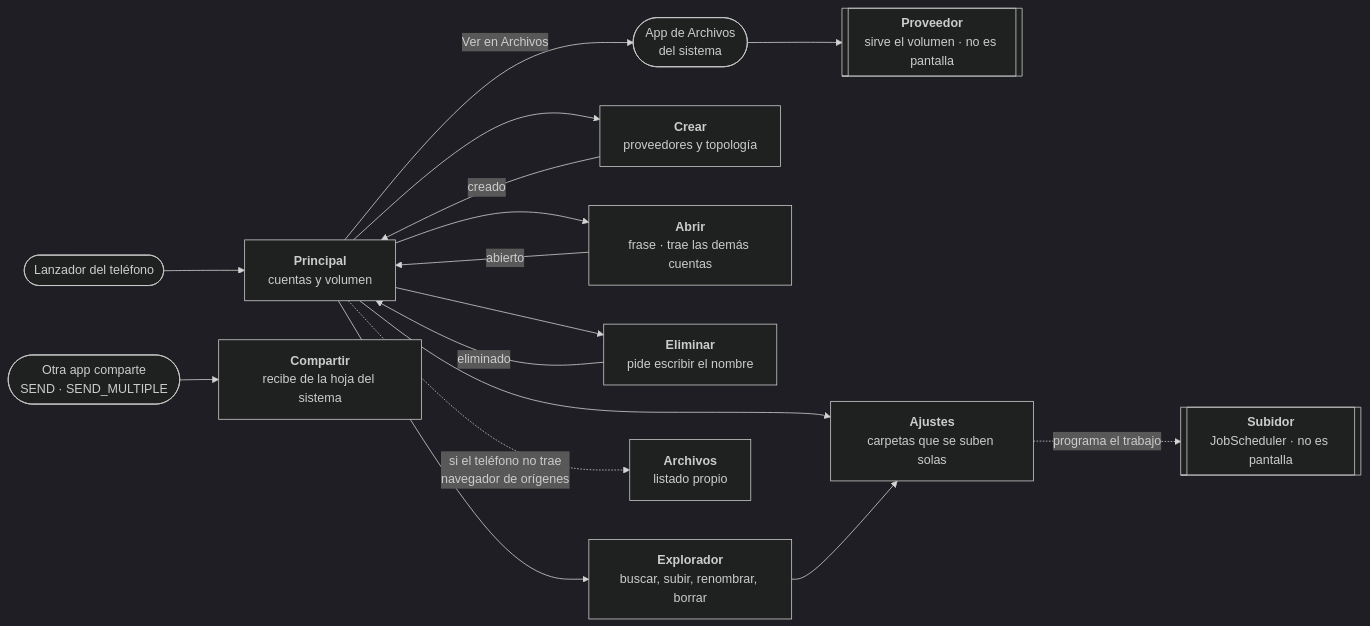
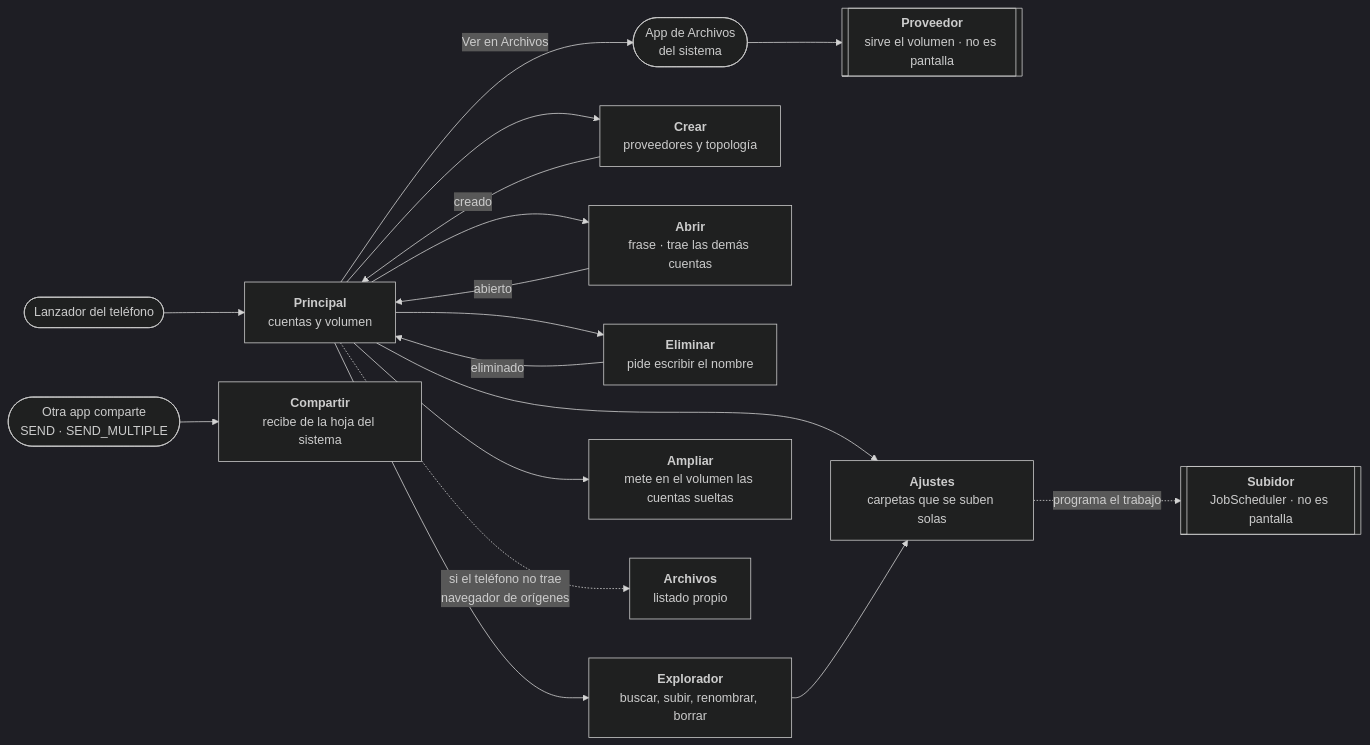
The first of 2 diagrams in docs/ANDROID.md (lmoraperez/multidrive), drawn with Mermaid (dark theme) before and after one commit. The commit also changed other lines of this file and 10 other files, not shown here.

````diff
--- a/docs/ANDROID.md
+++ b/docs/ANDROID.md
@@ -136,33 +148,35 @@
 ```mermaid
 flowchart LR
     L([Lanzador del teléfono]) --> PR
     SH([Otra app comparte<br>SEND · SEND_MULTIPLE]) --> CO
     AF([App de Archivos<br>del sistema]) --> PV
 
     PR["<b>Principal</b><br>cuentas y volumen"]
     CR["<b>Crear</b><br>proveedores y topología"]
     AB["<b>Abrir</b><br>frase · trae las demás cuentas"]
     EL["<b>Eliminar</b><br>pide escribir el nombre"]
     EX["<b>Explorador</b><br>buscar, subir, renombrar, borrar"]
     AJ["<b>Ajustes</b><br>carpetas que se suben solas"]
+    AM["<b>Ampliar</b><br>mete en el volumen las cuentas sueltas"]
     CO["<b>Compartir</b><br>recibe de la hoja del sistema"]
     FA["<b>Archivos</b><br>listado propio"]
 
     PV[["<b>Proveedor</b><br>sirve el volumen · no es pantalla"]]
     SU[["<b>Subidor</b><br>JobScheduler · no es pantalla"]]
 
     PR --> CR
     PR --> AB
     PR --> EL
     PR --> EX
     PR --> AJ
+    PR --> AM
     PR -->|Ver en Archivos| AF
     PR -.->|si el teléfono no trae<br>navegador de orígenes| FA
     EX --> AJ
 
     CR -->|creado| PR
     AB -->|abierto| PR
     EL -->|eliminado| PR
 
     AJ -.->|programa el trabajo| SU
 ```
````
